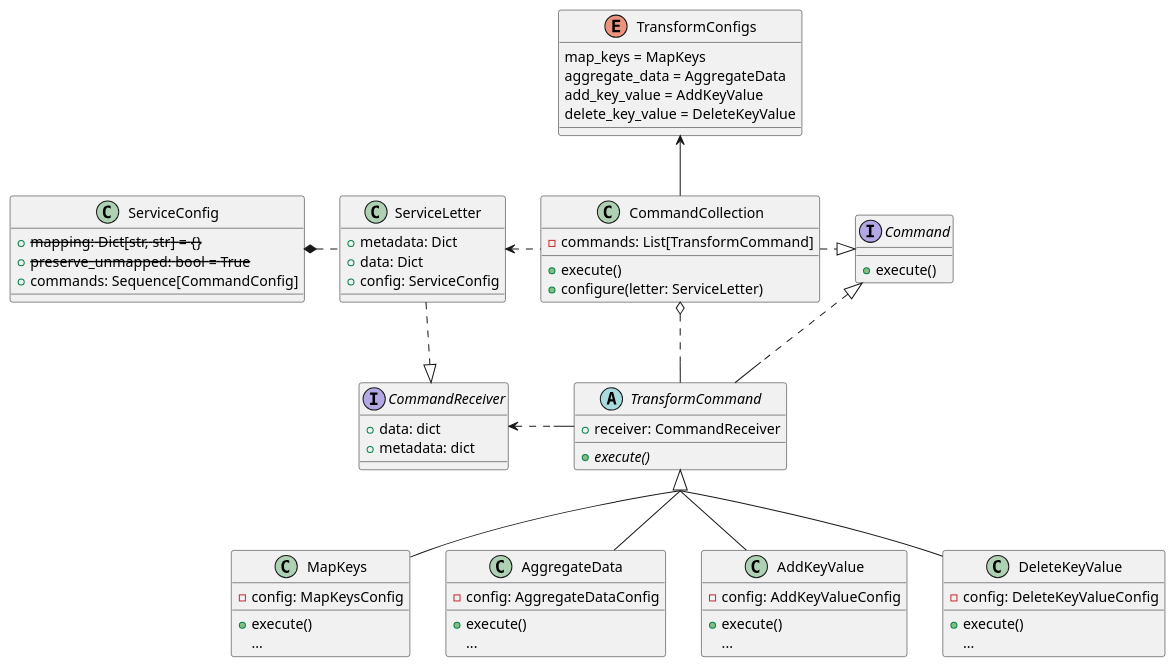
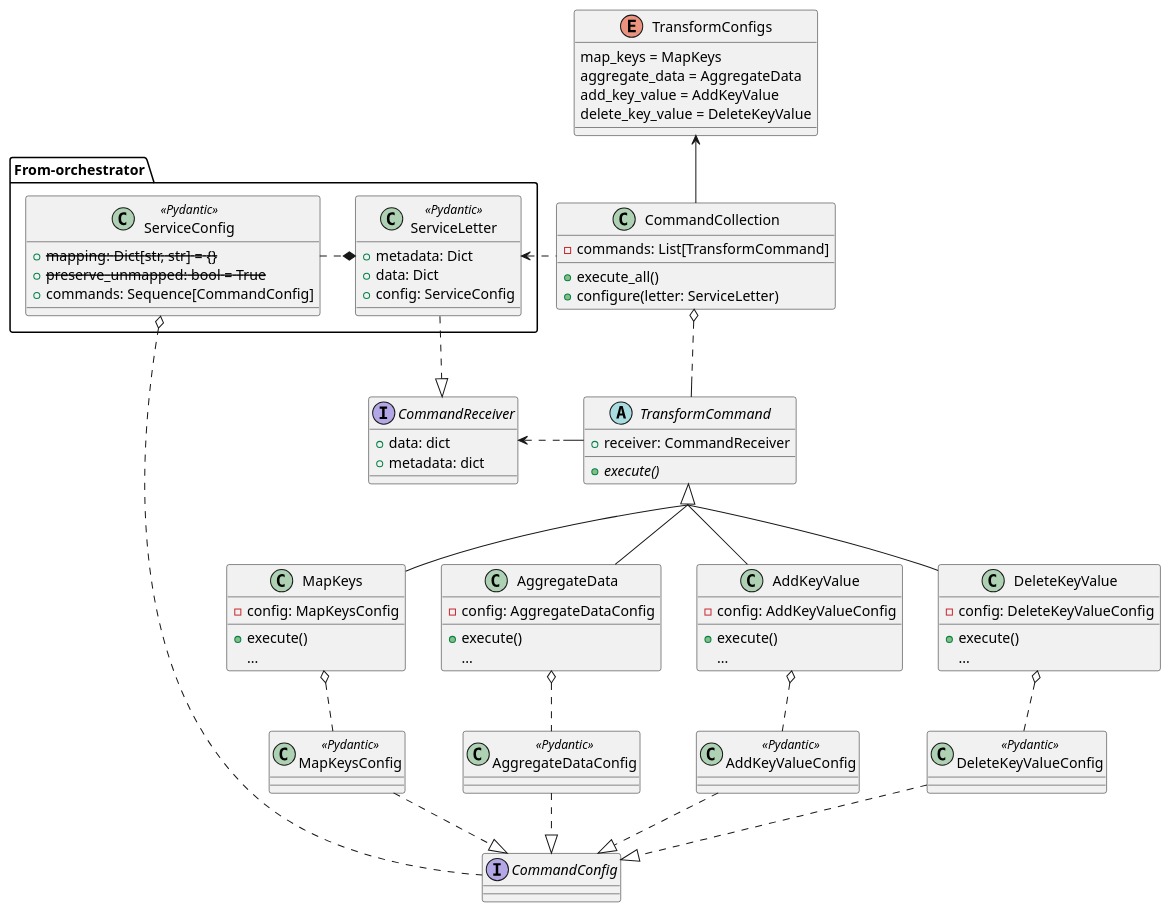
One commit to santunioni/Transformer changed the diagram in docs/arch.puml. Above: the diagram before and after it, drawn with PlantUML. The commit also changed 10 other files, not shown here.

```diff
--- a/docs/arch.puml
+++ b/docs/arch.puml
@@ -1,83 +1,96 @@
 @startuml
 'https://plantuml.com/class-diagram
 skinparam groupInheritance 3
 enum TransformConfigs {
     map_keys = MapKeys
     aggregate_data = AggregateData
     add_key_value = AddKeyValue
     delete_key_value = DeleteKeyValue
 }
 
 
-class ServiceConfig {
+package From-orchestrator {
+class ServiceConfig <<Pydantic>> {
     + <s>mapping: Dict[str, str] = {}</strike>
     + <s>preserve_unmapped: bool = True</strike>
     + commands: Sequence[CommandConfig]
 }
-ServiceConfig *.r. ServiceLetter
+ServiceConfig .r.* ServiceLetter
 
-class ServiceLetter {
+class ServiceLetter <<Pydantic>> {
     + metadata: Dict
     + data: Dict
     + config: ServiceConfig
 }
+}
+ServiceConfig o.-. CommandConfig
 ServiceLetter .d.|> CommandReceiver
-
 
 class CommandCollection {
     - commands: List[TransformCommand]
-    + execute()
+    + execute_all()
     + configure(letter: ServiceLetter)
 }
-CommandCollection .r.|> Command
 CommandCollection o.d. TransformCommand
 CommandCollection .l.> ServiceLetter
 CommandCollection -u-> TransformConfigs
 
 
 interface CommandReceiver {
     + data: dict
     + metadata: dict
 }
-interface Command {
-    + execute()
-}
+
 abstract class TransformCommand {
     + receiver: CommandReceiver
     + {abstract} execute()
 }
 TransformCommand .l.> CommandReceiver
-TransformCommand .u.|> Command
 
 
 class MapKeys {
     - config: MapKeysConfig
     + execute()
     {method} ...
 }
 MapKeys -u-|> TransformCommand
 
 
 class AggregateData {
     - config: AggregateDataConfig
     + execute()
     {method} ...
 }
 AggregateData -u-|> TransformCommand
 
 
 class AddKeyValue {
     - config: AddKeyValueConfig
     + execute()
     {method} ...
 }
 AddKeyValue -u-|> TransformCommand
 
 
 class DeleteKeyValue {
     - config: DeleteKeyValueConfig
     + execute()
     {method} ...
 }
 DeleteKeyValue -u-|> TransformCommand
+
+
+class MapKeysConfig <<Pydantic>>
+MapKeysConfig .d.|> CommandConfig
+MapKeys o.d. MapKeysConfig
+class AggregateDataConfig <<Pydantic>>
+AggregateDataConfig .d.|> CommandConfig
+AggregateData o.d. AggregateDataConfig
+class AddKeyValueConfig <<Pydantic>>
+AddKeyValueConfig .d.|> CommandConfig
+AddKeyValue o.d. AddKeyValueConfig
+class DeleteKeyValueConfig <<Pydantic>>
+DeleteKeyValueConfig .d.|> CommandConfig
+DeleteKeyValue o.d. DeleteKeyValueConfig
+interface CommandConfig
 @enduml
```
